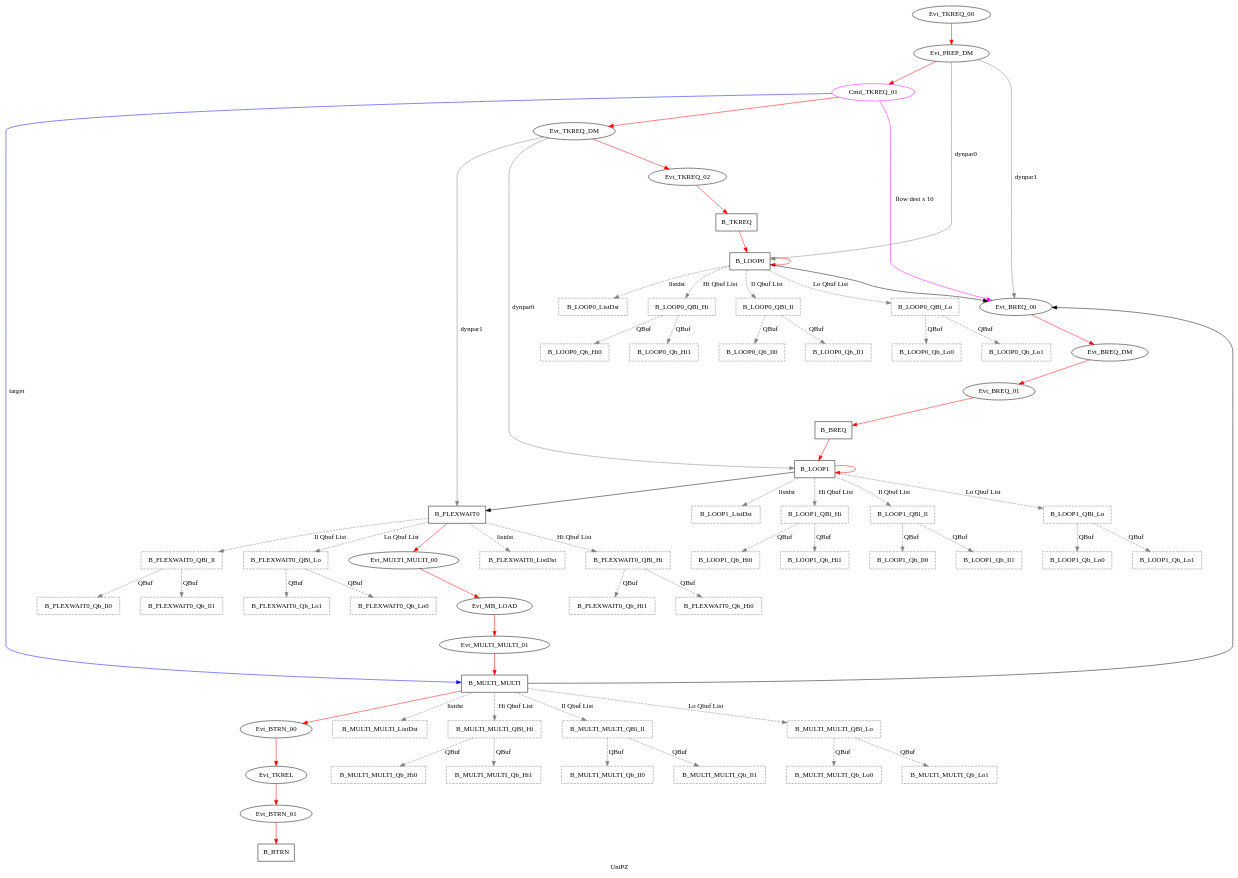
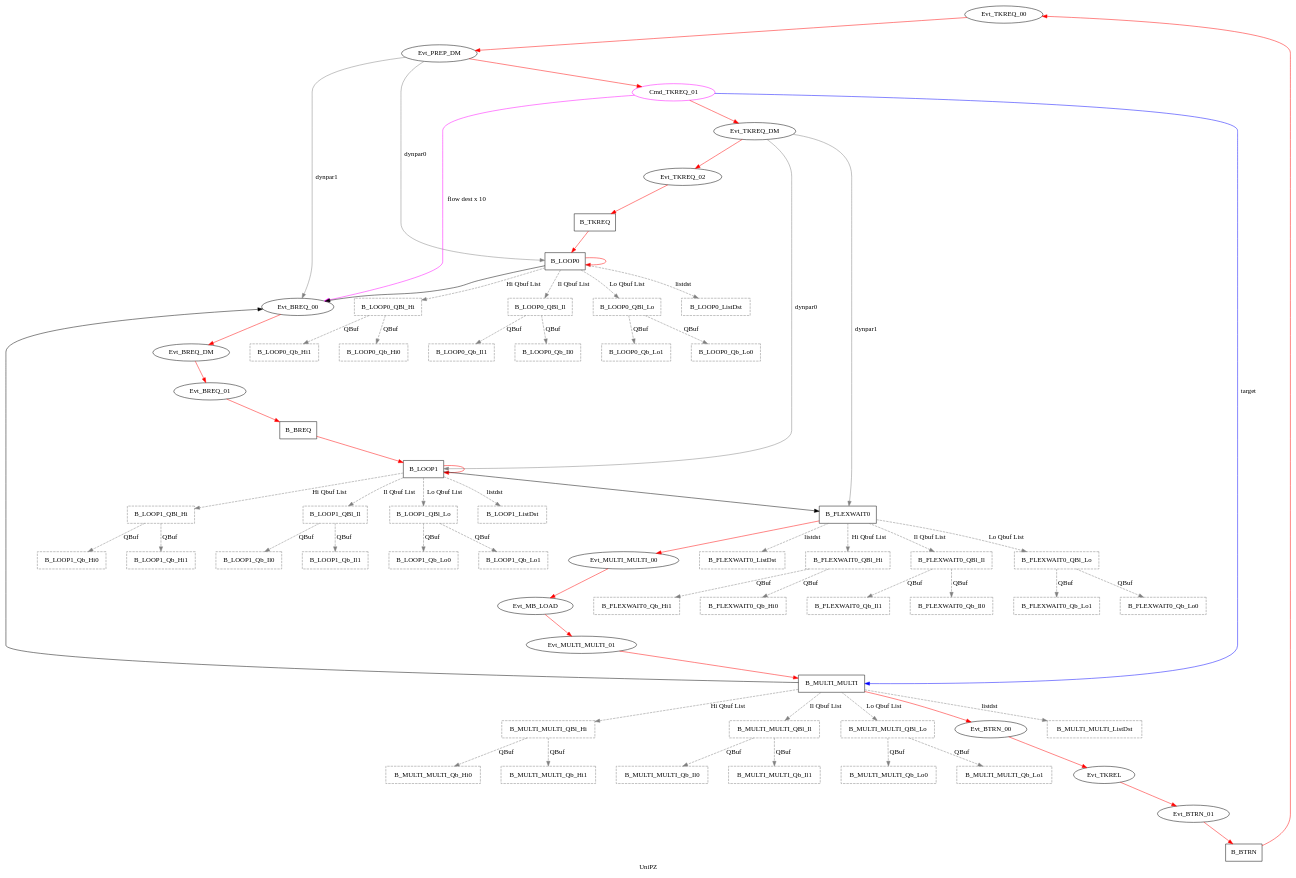
The diagram in modules/ftm/ftmx86/unipz.dot (GSI-CS-CO/bel_projects), drawn with Graphviz before and after one commit. The commit also changed 6 other files, not shown here.

```diff
--- a/modules/ftm/ftmx86/unipz.dot
+++ b/modules/ftm/ftmx86/unipz.dot
@@ -1,135 +1,135 @@
 digraph G {
 graph [label="UniPZ", root="Evt_BREQ_00",  rankdir=TB, nodesep=0.6, mindist=0.6, ranksep=0.6, overlap=false]
 node [type="TMsg", shape="rectangle",  style="filled", fillcolor="white", color="black"]
 edge [type="defdst", color="red"]
 
 Evt_TKREQ_00        [type="TMsg",                tOffs=0, id="0x0000000000000001", par="0x123", shape="oval"];
 Evt_PREP_DM         [type="TMsg",              tOffs=100, id="0x1111000000000000", par="0x0", shape="oval"];
-Cmd_TKREQ_01        [shape="oval",             tOffs=300, type="Flow", color="magenta", tValid=0, qty=10];
+Cmd_TKREQ_01        [shape="oval",             tOffs=300, type="Flow", color="magenta", tValid=0, qty=9];
 Evt_TKREQ_DM        [type="TMsg",              tOffs=500, id="0x2222000000000000", par="0x0", shape="oval"];
 Evt_TKREQ_02        [type="TMsg",             tOffs=1000, id="0x0000000000000002", par="0x456", shape="oval"];
 B_TKREQ             [type="Block",        tPeriod=200000000];
 B_LOOP0             [type="Block",         tPeriod=10000];
 Evt_BREQ_00         [type="TMsg",                tOffs=0, id="0x0000000000000003", par="0x456", shape="oval"];
 Evt_BREQ_DM         [type="TMsg",             tOffs=2000, id="0x3333000000000000", par="0x456", shape="oval"];
 Evt_BREQ_01         [type="TMsg",             tOffs=9000, id="0x0000000000000004", par="0x456", shape="oval"];
-B_BREQ              [type="Block",        tPeriod=200000000];
+B_BREQ              [type="Block",        tPeriod=2000000];
 B_LOOP1             [type="Block",         tPeriod=10000];
 B_FLEXWAIT0         [type="Block",         tPeriod=71111];
 Evt_MULTI_MULTI_00  [type="TMsg",              tOffs=0,  id="0x0000000000000005", par="0x456", shape="oval"];
 Evt_MB_LOAD         [type="TMsg",              tOffs=200,  id="0x0000000000000006", par="0x456", shape="oval"];
 Evt_MULTI_MULTI_01  [type="TMsg",              tOffs=700,  id="0x0000000000000007", par="0x456", shape="oval"];
 B_MULTI_MULTI       [type="BlockAlign", tPeriod=10000000];
 Evt_BTRN_00         [type="TMsg",              tOffs=500,  id="0x0000000000000008", par="0x456", shape="oval"];
 Evt_TKREL           [type="TMsg",            tOffs=10000,  id="0x4444000000000000", par="0x456", shape="oval"];
 Evt_BTRN_01         [type="TMsg",            tOffs=10500,  id="0x0000000000000009", par="0x456", shape="oval"];
 B_BTRN              [type="Block",        tPeriod=200000];
 
 Evt_TKREQ_00  -> Evt_PREP_DM -> Cmd_TKREQ_01 -> Evt_TKREQ_DM -> Evt_TKREQ_02 -> B_TKREQ -> B_LOOP0 -> B_LOOP0;
 Cmd_TKREQ_01  -> B_MULTI_MULTI [type="target", color="blue", label="target"];
 Cmd_TKREQ_01  -> Evt_BREQ_00 [type="flowdst", color="magenta", label="flow dest x 10"];
 
 Evt_PREP_DM   -> B_LOOP0 [type="dynpar0", color="grey", label="dynpar0"];
 Evt_PREP_DM   -> Evt_BREQ_00 [type="dynpar1", color="grey", label="dynpar1"];
 Evt_TKREQ_DM  -> B_LOOP1 [type="dynpar0", color="grey", label="dynpar0"];
 Evt_TKREQ_DM  -> B_FLEXWAIT0 [type="dynpar1", color="grey", label="dynpar1"];
 B_LOOP0       -> Evt_BREQ_00 [type="altdst", color="black"];
 
 Evt_BREQ_00   -> Evt_BREQ_DM  -> Evt_BREQ_01  -> B_BREQ -> B_LOOP1 -> B_LOOP1;
 B_LOOP1       -> B_FLEXWAIT0 [type="altdst", color="black"];
-B_FLEXWAIT0   -> Evt_MULTI_MULTI_00 -> Evt_MB_LOAD -> Evt_MULTI_MULTI_01 -> B_MULTI_MULTI -> Evt_BTRN_00 -> Evt_TKREL -> Evt_BTRN_01 -> B_BTRN;
+B_FLEXWAIT0   -> Evt_MULTI_MULTI_00 -> Evt_MB_LOAD -> Evt_MULTI_MULTI_01 -> B_MULTI_MULTI -> Evt_BTRN_00 -> Evt_TKREL -> Evt_BTRN_01 -> B_BTRN -> Evt_TKREQ_00;
 B_MULTI_MULTI -> Evt_BREQ_00 [type="altdst", color="black"];
 
 
 B_LOOP0_ListDst [type="ListDst", color="grey", style=dashed, flags=0];
 B_LOOP0_QBl_Hi [type="QInfo", color="grey", style=dashed, flags=0];
 B_LOOP0_QBl_Il [type="QInfo", color="grey", style=dashed, flags=0];
 B_LOOP0_QBl_Lo [type="QInfo", color="grey", style=dashed, flags=0];
 B_LOOP0_Qb_Hi0 [type="QBuf", color="grey", style=dashed, flags=0];
 B_LOOP0_Qb_Il0 [type="QBuf", color="grey", style=dashed, flags=0];
 B_LOOP0_Qb_Lo0 [type="QBuf", color="grey", style=dashed, flags=0];
 B_LOOP0_Qb_Hi1 [type="QBuf", color="grey", style=dashed, flags=0];
 B_LOOP0_Qb_Il1 [type="QBuf", color="grey", style=dashed, flags=0];
 B_LOOP0_Qb_Lo1 [type="QBuf", color="grey", style=dashed, flags=0];
 
 B_LOOP0->B_LOOP0_QBl_Il [type="prioil", color="grey", style=dashed, label="Il Qbuf List"];
 B_LOOP0->B_LOOP0_QBl_Hi [type="priohi", color="grey", style=dashed, label="Hi Qbuf List"];
 B_LOOP0->B_LOOP0_QBl_Lo [type="priolo", color="grey", style=dashed, label="Lo Qbuf List"];
 B_LOOP0_QBl_Il->B_LOOP0_Qb_Il0 [type="meta", color="grey", style=dashed, label="QBuf"];
 B_LOOP0_QBl_Hi->B_LOOP0_Qb_Hi0 [type="meta", color="grey", style=dashed, label="QBuf"];
 B_LOOP0_QBl_Lo->B_LOOP0_Qb_Lo0 [type="meta", color="grey", style=dashed, label="QBuf"];
 B_LOOP0_QBl_Il->B_LOOP0_Qb_Il1 [type="meta", color="grey", style=dashed, label="QBuf"];
 B_LOOP0_QBl_Hi->B_LOOP0_Qb_Hi1 [type="meta", color="grey", style=dashed, label="QBuf"];
 B_LOOP0_QBl_Lo->B_LOOP0_Qb_Lo1 [type="meta", color="grey", style=dashed, label="QBuf"];
 B_LOOP0->B_LOOP0_ListDst [type="listdst", color="grey", style=dashed, label="listdst"];
 
 B_LOOP1_ListDst [type="ListDst", color="grey", style=dashed, flags=0];
 B_LOOP1_QBl_Hi [type="QInfo", color="grey", style=dashed, flags=0];
 B_LOOP1_QBl_Il [type="QInfo", color="grey", style=dashed, flags=0];
 B_LOOP1_QBl_Lo [type="QInfo", color="grey", style=dashed, flags=0];
 B_LOOP1_Qb_Hi0 [type="QBuf", color="grey", style=dashed, flags=0];
 B_LOOP1_Qb_Il0 [type="QBuf", color="grey", style=dashed, flags=0];
 B_LOOP1_Qb_Lo0 [type="QBuf", color="grey", style=dashed, flags=0];
 B_LOOP1_Qb_Hi1 [type="QBuf", color="grey", style=dashed, flags=0];
 B_LOOP1_Qb_Il1 [type="QBuf", color="grey", style=dashed, flags=0];
 B_LOOP1_Qb_Lo1 [type="QBuf", color="grey", style=dashed, flags=0];
 
 B_LOOP1->B_LOOP1_QBl_Il [type="prioil", color="grey", style=dashed, label="Il Qbuf List"];
 B_LOOP1->B_LOOP1_QBl_Hi [type="priohi", color="grey", style=dashed, label="Hi Qbuf List"];
 B_LOOP1->B_LOOP1_QBl_Lo [type="priolo", color="grey", style=dashed, label="Lo Qbuf List"];
 B_LOOP1_QBl_Il->B_LOOP1_Qb_Il0 [type="meta", color="grey", style=dashed, label="QBuf"];
 B_LOOP1_QBl_Hi->B_LOOP1_Qb_Hi0 [type="meta", color="grey", style=dashed, label="QBuf"];
 B_LOOP1_QBl_Lo->B_LOOP1_Qb_Lo0 [type="meta", color="grey", style=dashed, label="QBuf"];
 B_LOOP1_QBl_Il->B_LOOP1_Qb_Il1 [type="meta", color="grey", style=dashed, label="QBuf"];
 B_LOOP1_QBl_Hi->B_LOOP1_Qb_Hi1 [type="meta", color="grey", style=dashed, label="QBuf"];
 B_LOOP1_QBl_Lo->B_LOOP1_Qb_Lo1 [type="meta", color="grey", style=dashed, label="QBuf"];
 B_LOOP1->B_LOOP1_ListDst [type="listdst", color="grey", style=dashed, label="listdst"];
 
 B_FLEXWAIT0_ListDst [type="ListDst", color="grey", style=dashed, flags=0];
 B_FLEXWAIT0_QBl_Hi [type="QInfo", color="grey", style=dashed, flags=0];
 B_FLEXWAIT0_QBl_Il [type="QInfo", color="grey", style=dashed, flags=0];
 B_FLEXWAIT0_QBl_Lo [type="QInfo", color="grey", style=dashed, flags=0];
 B_FLEXWAIT0_Qb_Hi0 [type="QBuf", color="grey", style=dashed, flags=0];
 B_FLEXWAIT0_Qb_Il0 [type="QBuf", color="grey", style=dashed, flags=0];
 B_FLEXWAIT0_Qb_Lo0 [type="QBuf", color="grey", style=dashed, flags=0];
 B_FLEXWAIT0_Qb_Hi1 [type="QBuf", color="grey", style=dashed, flags=0];
 B_FLEXWAIT0_Qb_Il1 [type="QBuf", color="grey", style=dashed, flags=0];
 B_FLEXWAIT0_Qb_Lo1 [type="QBuf", color="grey", style=dashed, flags=0];
 
 B_FLEXWAIT0->B_FLEXWAIT0_QBl_Il [type="prioil", color="grey", style=dashed, label="Il Qbuf List"];
 B_FLEXWAIT0->B_FLEXWAIT0_QBl_Hi [type="priohi", color="grey", style=dashed, label="Hi Qbuf List"];
 B_FLEXWAIT0->B_FLEXWAIT0_QBl_Lo [type="priolo", color="grey", style=dashed, label="Lo Qbuf List"];
 B_FLEXWAIT0_QBl_Il->B_FLEXWAIT0_Qb_Il0 [type="meta", color="grey", style=dashed, label="QBuf"];
 B_FLEXWAIT0_QBl_Hi->B_FLEXWAIT0_Qb_Hi0 [type="meta", color="grey", style=dashed, label="QBuf"];
 B_FLEXWAIT0_QBl_Lo->B_FLEXWAIT0_Qb_Lo0 [type="meta", color="grey", style=dashed, label="QBuf"];
 B_FLEXWAIT0_QBl_Il->B_FLEXWAIT0_Qb_Il1 [type="meta", color="grey", style=dashed, label="QBuf"];
 B_FLEXWAIT0_QBl_Hi->B_FLEXWAIT0_Qb_Hi1 [type="meta", color="grey", style=dashed, label="QBuf"];
 B_FLEXWAIT0_QBl_Lo->B_FLEXWAIT0_Qb_Lo1 [type="meta", color="grey", style=dashed, label="QBuf"];
 B_FLEXWAIT0->B_FLEXWAIT0_ListDst [type="listdst", color="grey", style=dashed, label="listdst"];
 
 
 B_MULTI_MULTI_ListDst [type="ListDst", color="grey", style=dashed, flags=0];
 B_MULTI_MULTI_QBl_Hi [type="QInfo", color="grey", style=dashed, flags=0];
 B_MULTI_MULTI_QBl_Il [type="QInfo", color="grey", style=dashed, flags=0];
 B_MULTI_MULTI_QBl_Lo [type="QInfo", color="grey", style=dashed, flags=0];
 B_MULTI_MULTI_Qb_Hi0 [type="QBuf", color="grey", style=dashed, flags=0];
 B_MULTI_MULTI_Qb_Il0 [type="QBuf", color="grey", style=dashed, flags=0];
 B_MULTI_MULTI_Qb_Lo0 [type="QBuf", color="grey", style=dashed, flags=0];
 B_MULTI_MULTI_Qb_Hi1 [type="QBuf", color="grey", style=dashed, flags=0];
 B_MULTI_MULTI_Qb_Il1 [type="QBuf", color="grey", style=dashed, flags=0];
 B_MULTI_MULTI_Qb_Lo1 [type="QBuf", color="grey", style=dashed, flags=0];
 
 B_MULTI_MULTI->B_MULTI_MULTI_QBl_Il [type="prioil", color="grey", style=dashed, label="Il Qbuf List"];
 B_MULTI_MULTI->B_MULTI_MULTI_QBl_Hi [type="priohi", color="grey", style=dashed, label="Hi Qbuf List"];
 B_MULTI_MULTI->B_MULTI_MULTI_QBl_Lo [type="priolo", color="grey", style=dashed, label="Lo Qbuf List"];
 B_MULTI_MULTI_QBl_Il->B_MULTI_MULTI_Qb_Il0 [type="meta", color="grey", style=dashed, label="QBuf"];
 B_MULTI_MULTI_QBl_Hi->B_MULTI_MULTI_Qb_Hi0 [type="meta", color="grey", style=dashed, label="QBuf"];
 B_MULTI_MULTI_QBl_Lo->B_MULTI_MULTI_Qb_Lo0 [type="meta", color="grey", style=dashed, label="QBuf"];
 B_MULTI_MULTI_QBl_Il->B_MULTI_MULTI_Qb_Il1 [type="meta", color="grey", style=dashed, label="QBuf"];
 B_MULTI_MULTI_QBl_Hi->B_MULTI_MULTI_Qb_Hi1 [type="meta", color="grey", style=dashed, label="QBuf"];
 B_MULTI_MULTI_QBl_Lo->B_MULTI_MULTI_Qb_Lo1 [type="meta", color="grey", style=dashed, label="QBuf"];
 B_MULTI_MULTI->B_MULTI_MULTI_ListDst [type="listdst", color="grey", style=dashed, label="listdst"];
 
 
 
 }
```
